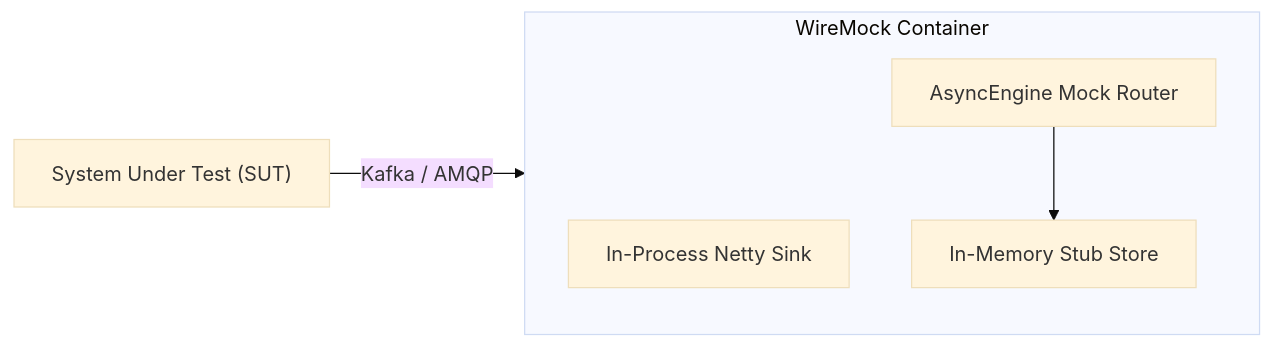
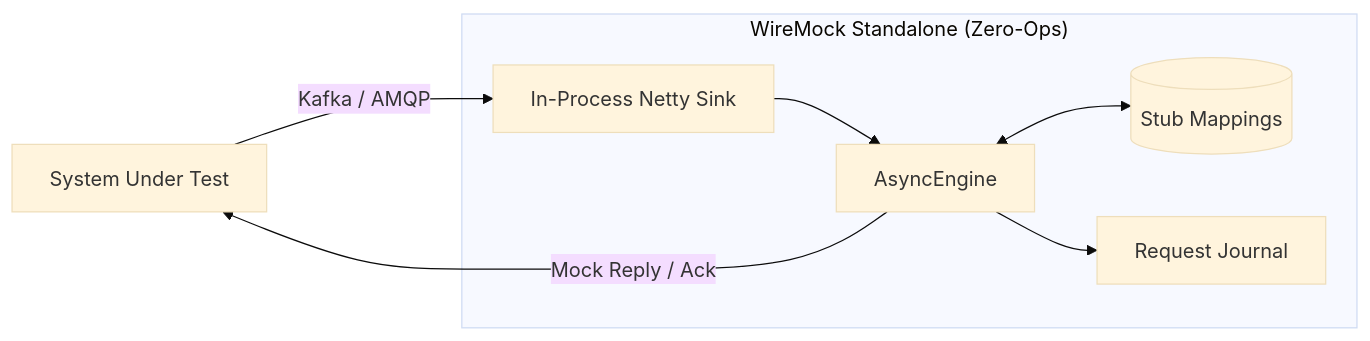
One commit to mattiasgreen/wiremock-extensions changed the second of 8 diagrams in wiremock-extension-async/README.md. Above: the diagram before and after it, drawn with Mermaid (base theme). The commit also changed other lines of this file and 17 other files, not shown here.

First line of the commit message:
feat(ui,async): add protocol column and refine SUT operation semantics in journal (#103)

````diff
--- a/wiremock-extension-async/README.md
+++ b/wiremock-extension-async/README.md
@@ -90,10 +57,12 @@
 ```mermaid
 flowchart LR
-    SUT["System Under Test (SUT)"] -->|Kafka / AMQP| WM["WireMock Standalone"]
-    subgraph WM["WireMock Container"]
-        Sink["In-Process Netty Sink"]
-        Engine["AsyncEngine Mock Router"]
-        Store["In-Memory Stub Store"]
+    SUT["System Under Test"] -->|Kafka / AMQP| Sink["In-Process Netty Sink"]
+
+    subgraph WM["WireMock Standalone (Zero-Ops)"]
+        Sink --> Engine["AsyncEngine"]
+        Engine <--> Store[("Stub Mappings")]
+        Engine --> Journal["Request Journal"]
     end
-    Engine --> Store
+
+    Engine -->|Mock Reply / Ack| SUT
 ```
````
